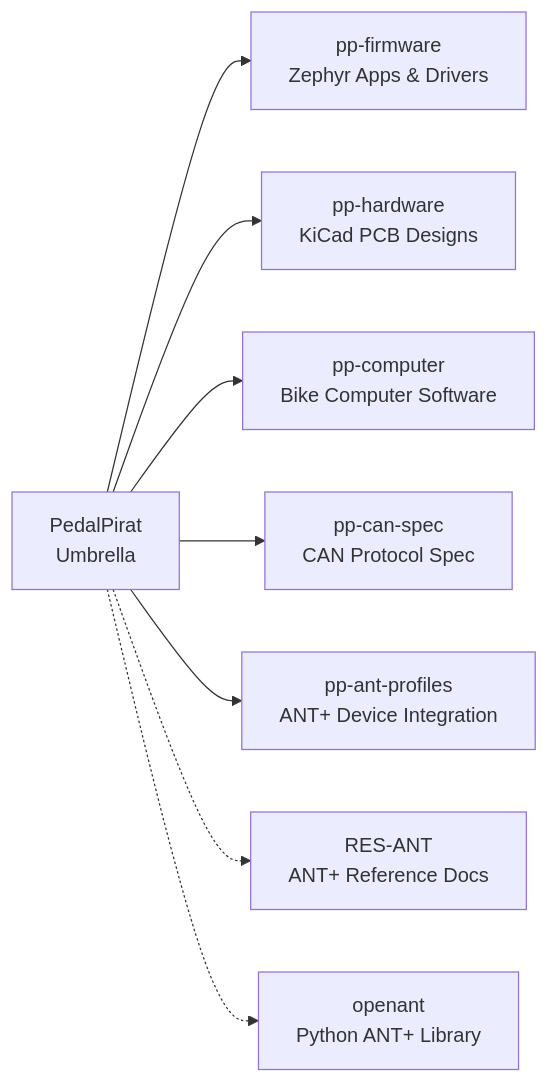
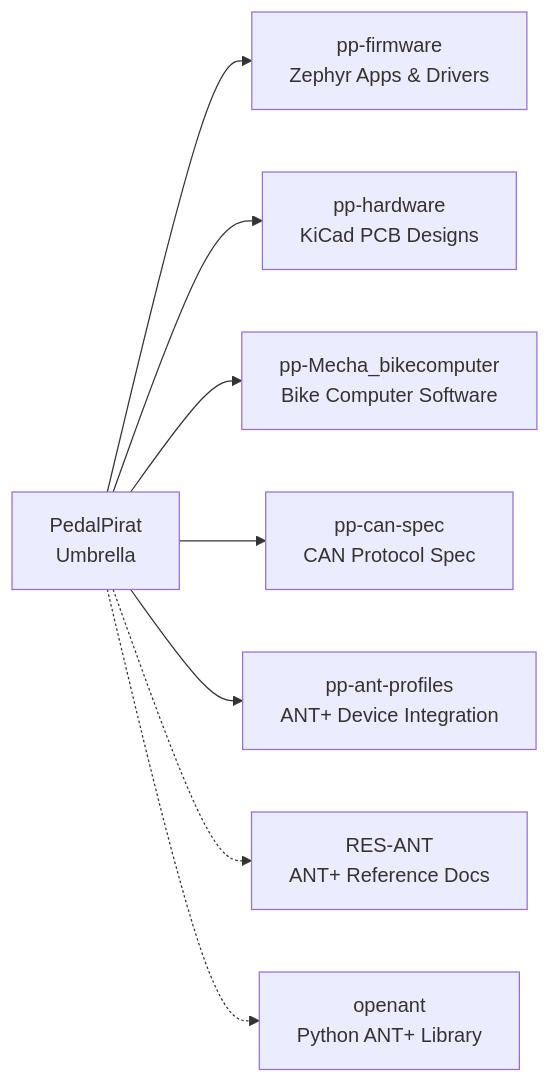
One commit to PedalPirat/PedalPirat changed the second of 4 diagrams in README.md. Above: the diagram before and after it, drawn with Mermaid. The commit also changed other lines of this file, not shown here.

Commit message:
fix: rename pp-computer links to pp-Mecha_bikecomputer

````diff
--- a/README.md
+++ b/README.md
@@ -61,11 +61,11 @@
 ```mermaid
 graph LR
     PP[PedalPirat<br/>Umbrella] --> FW[pp-firmware<br/>Zephyr Apps & Drivers]
     PP --> HW[pp-hardware<br/>KiCad PCB Designs]
-    PP --> COMP[pp-computer<br/>Bike Computer Software]
+    PP --> COMP[pp-Mecha_bikecomputer<br/>Bike Computer Software]
     PP --> CAN[pp-can-spec<br/>CAN Protocol Spec]
     PP --> ANT[pp-ant-profiles<br/>ANT+ Device Integration]
 
     PP -.-> RES[RES-ANT<br/>ANT+ Reference Docs]
     PP -.-> OA[openant<br/>Python ANT+ Library]
 ```
````
